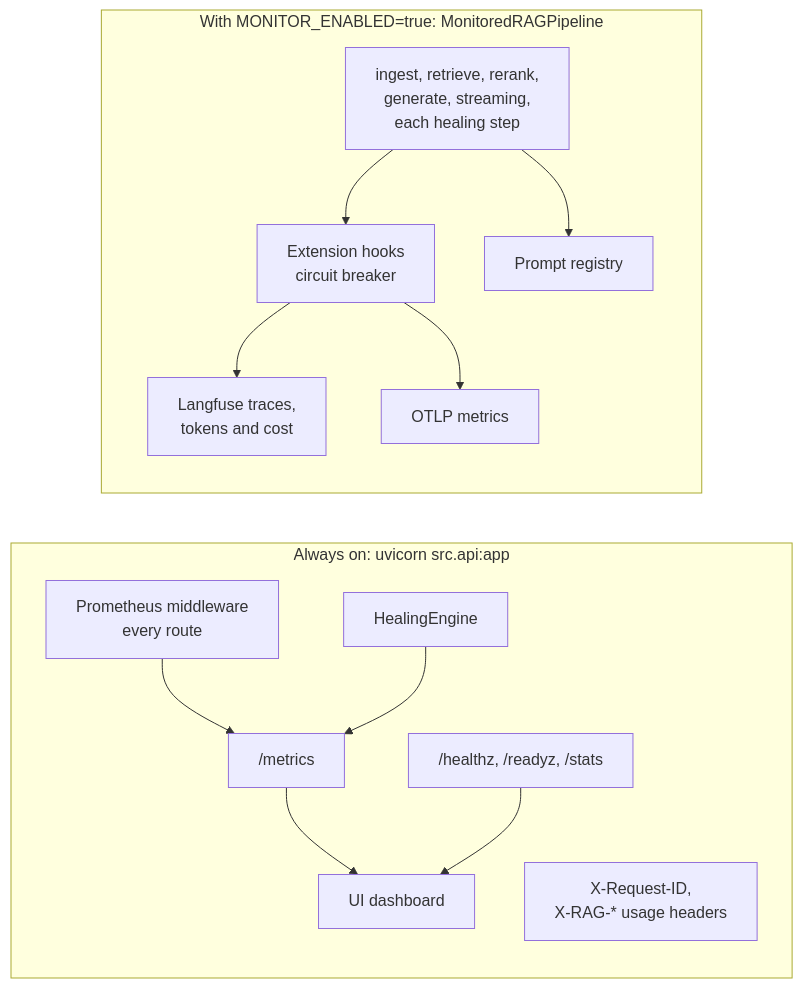
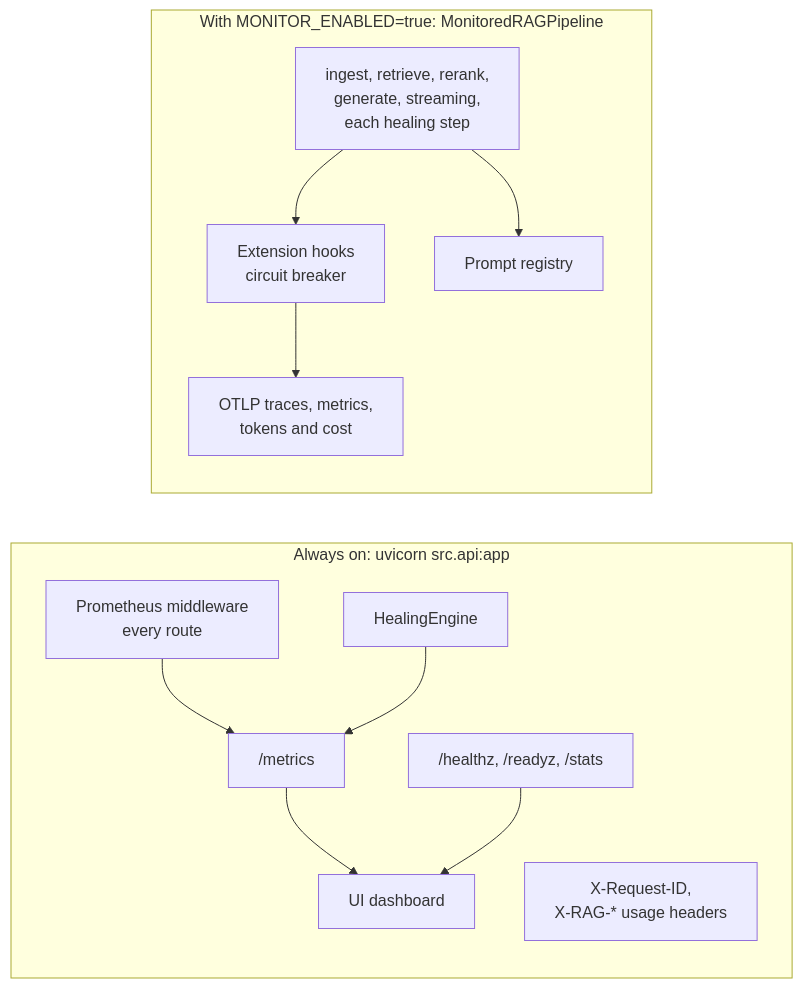
One commit to rajarshidattapy/production_rag changed the third of 3 diagrams in docs/README.md. Above: the diagram before and after it, drawn with Mermaid. The commit also changed other lines of this file and 14 other files, not shown here.

````diff
--- a/docs/README.md
+++ b/docs/README.md
@@ -656,17 +653,16 @@
 ```mermaid
 flowchart LR
     subgraph HTTP["Always on: uvicorn src.api:app"]
         MW[Prometheus middleware<br/>every route] --> METRICS["/metrics"]
         ENGINE[HealingEngine] --> METRICS
         PROBES["/healthz, /readyz, /stats"]
         HEADERS["X-Request-ID,<br/>X-RAG-* usage headers"]
         METRICS --> DASH[UI dashboard]
         PROBES --> DASH
     end
     subgraph WRAP["With MONITOR_ENABLED=true: MonitoredRAGPipeline"]
         STAGES[ingest, retrieve, rerank,<br/>generate, streaming,<br/>each healing step] --> EXT[Extension hooks<br/>circuit breaker]
-        EXT --> LF[Langfuse traces,<br/>tokens and cost]
-        EXT --> OTLP[OTLP metrics]
+        EXT --> OTLP[OTLP traces, metrics,<br/>tokens and cost]
         STAGES --> REG[Prompt registry]
     end
 ```
````
